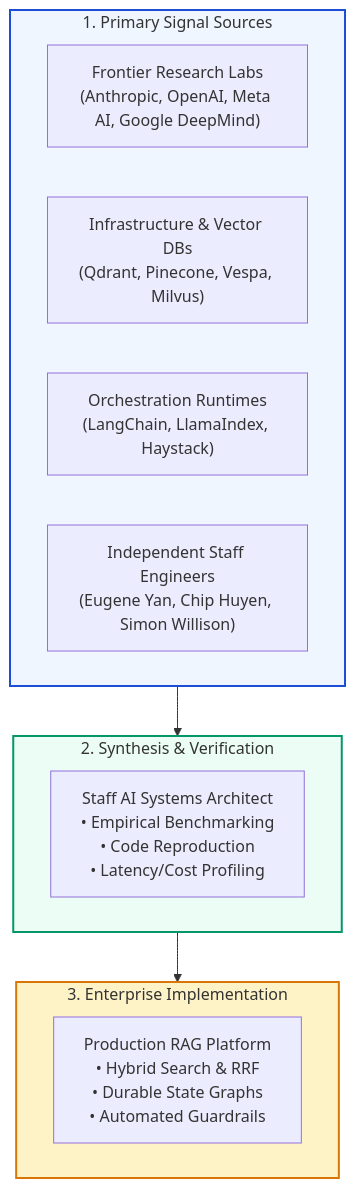
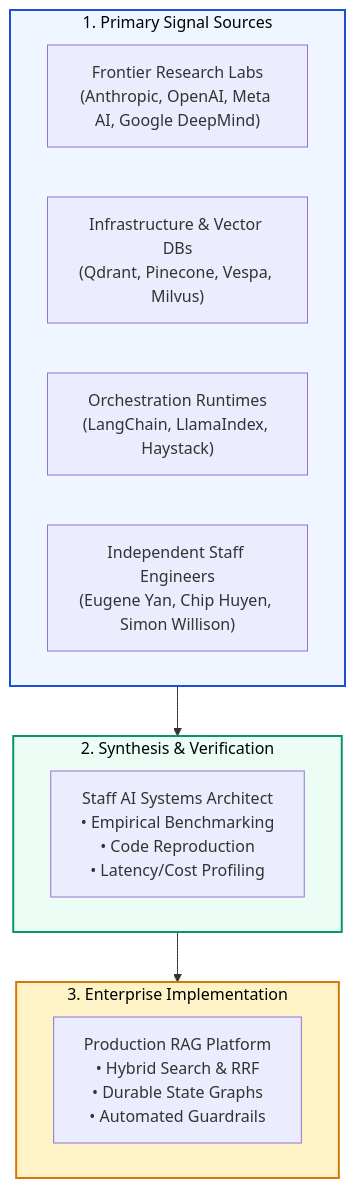
One commit to swapnil3104/RAG-Engineering changed the first of 2 diagrams in 12-Resources/Blogs.md. Above: the diagram before and after it, drawn with Mermaid. The commit also changed other lines of this file and 108 other files, not shown here.

Commit message:
fix: make chart text visible across all Mermaid diagrams and resolve markdown table formatting issues

````diff
--- a/12-Resources/Blogs.md
+++ b/12-Resources/Blogs.md
@@ -24,23 +24,23 @@
 ```mermaid
 flowchart TD
     subgraph SignalSources ["1. Primary Signal Sources"]
         F1["Frontier Research Labs<br/>(Anthropic, OpenAI, Meta AI, Google DeepMind)"]
         F2["Infrastructure & Vector DBs<br/>(Qdrant, Pinecone, Vespa, Milvus)"]
         F3["Orchestration Runtimes<br/>(LangChain, LlamaIndex, Haystack)"]
         F4["Independent Staff Engineers<br/>(Eugene Yan, Chip Huyen, Simon Willison)"]
     end
 
     subgraph FiltrationPlane ["2. Synthesis & Verification"]
         ENG["Staff AI Systems Architect<br/>• Empirical Benchmarking<br/>• Code Reproduction<br/>• Latency/Cost Profiling"]
     end
 
     subgraph ProductionPlane ["3. Enterprise Implementation"]
         PRD["Production RAG Platform<br/>• Hybrid Search & RRF<br/>• Durable State Graphs<br/>• Automated Guardrails"]
     end
 
     SignalSources --> FiltrationPlane --> ProductionPlane
 
-    style SignalSources fill:#eff6ff,stroke:#1d4ed8,stroke-width:2px
-    style FiltrationPlane fill:#ecfdf5,stroke:#059669,stroke-width:2px
-    style ProductionPlane fill:#fef3c7,stroke:#d97706,stroke-width:2px
+    style SignalSources fill:#eff6ff,stroke:#1d4ed8,stroke-width:2px,color:#000000
+    style FiltrationPlane fill:#ecfdf5,stroke:#059669,stroke-width:2px,color:#000000
+    style ProductionPlane fill:#fef3c7,stroke:#d97706,stroke-width:2px,color:#000000
 ```
````
